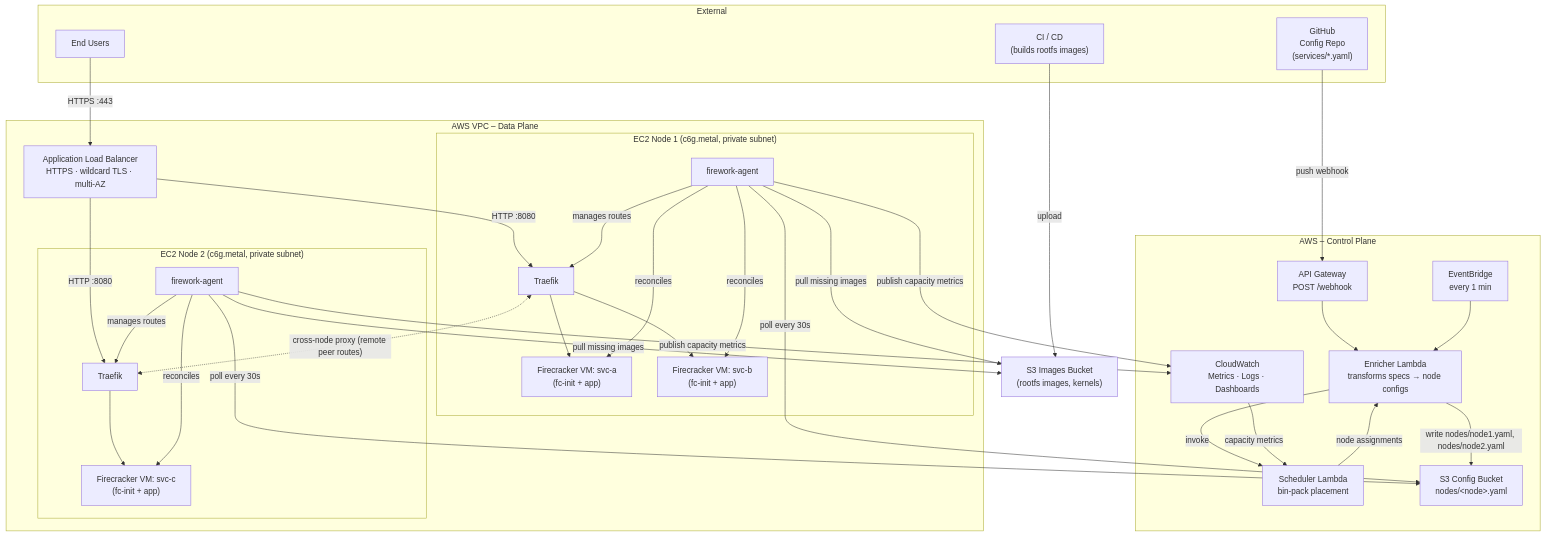
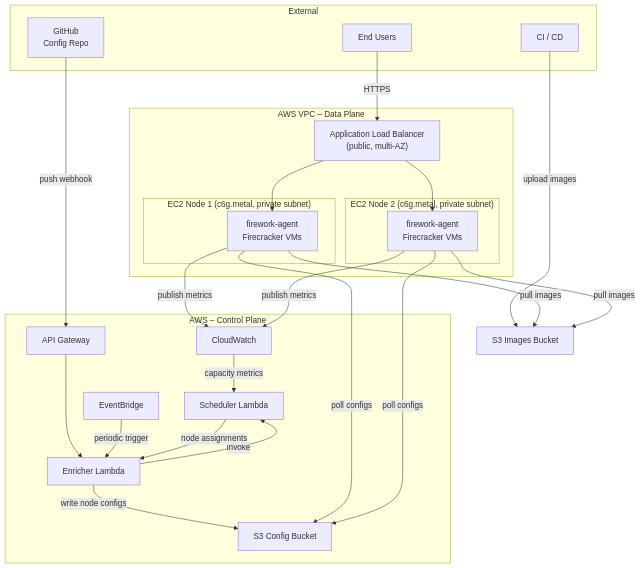
One commit to artemnikitin/firework changed the diagram in README.md. Above: the diagram before and after it, drawn with Mermaid.

````diff
--- a/README.md
+++ b/README.md
@@ -16,64 +16,48 @@
 ```mermaid
 flowchart TB
     subgraph external["External"]
         USER["End Users"]
-        GITHUB["GitHub\nConfig Repo\n(services/*.yaml)"]
-        CI["CI / CD\n(builds rootfs images)"]
+        GITHUB["GitHub\nConfig Repo"]
+        CI["CI / CD"]
     end
 
     subgraph control_plane["AWS – Control Plane"]
-        APIGW["API Gateway\nPOST /webhook"]
-        EB["EventBridge\nevery 1 min"]
-        ENRICHER["Enricher Lambda\ntransforms specs → node configs"]
-        SCHED["Scheduler Lambda\nbin-pack placement"]
-        S3CFG["S3 Config Bucket\nnodes/&lt;node&gt;.yaml"]
-        CW["CloudWatch\nMetrics · Logs · Dashboards"]
+        APIGW["API Gateway"]
+        EB["EventBridge"]
+        ENRICHER["Enricher Lambda"]
+        SCHED["Scheduler Lambda"]
+        S3CFG["S3 Config Bucket"]
+        CW["CloudWatch"]
     end
 
-    S3IMG["S3 Images Bucket\n(rootfs images, kernels)"]
+    S3IMG["S3 Images Bucket"]
 
     subgraph vpc["AWS VPC – Data Plane"]
-        ALB["Application Load Balancer\nHTTPS · wildcard TLS · multi-AZ"]
+        ALB["Application Load Balancer\n(public, multi-AZ)"]
 
         subgraph node1["EC2 Node 1  (c6g.metal, private subnet)"]
-            AG1["firework-agent"]
-            TR1["Traefik"]
-            MV1A["Firecracker VM: svc-a\n(fc-init + app)"]
-            MV1B["Firecracker VM: svc-b\n(fc-init + app)"]
+            N1["firework-agent\nFirecracker VMs"]
         end
 
         subgraph node2["EC2 Node 2  (c6g.metal, private subnet)"]
-            AG2["firework-agent"]
-            TR2["Traefik"]
-            MV2A["Firecracker VM: svc-c\n(fc-init + app)"]
+            N2["firework-agent\nFirecracker VMs"]
         end
     end
 
-    USER -->|HTTPS :443| ALB
-    ALB -->|HTTP :8080| TR1
-    ALB -->|HTTP :8080| TR2
-    TR1 --> MV1A & MV1B
-    TR2 --> MV2A
-    TR1 <-.->|"cross-node proxy (remote peer routes)"| TR2
+    USER -->|HTTPS| ALB
+    ALB --> N1 & N2
 
     GITHUB -->|push webhook| APIGW
     APIGW --> ENRICHER
-    EB --> ENRICHER
+    EB -->|periodic trigger| ENRICHER
     ENRICHER -->|invoke| SCHED
     CW -->|capacity metrics| SCHED
     SCHED -->|node assignments| ENRICHER
-    ENRICHER -->|"write nodes/node1.yaml, nodes/node2.yaml"| S3CFG
+    ENRICHER -->|write node configs| S3CFG
 
-    CI -->|upload| S3IMG
+    CI -->|upload images| S3IMG
 
-    AG1 -->|"poll every 30s"| S3CFG
-    AG2 -->|"poll every 30s"| S3CFG
-    AG1 -->|pull missing images| S3IMG
-    AG2 -->|pull missing images| S3IMG
-    AG1 -->|publish capacity metrics| CW
-    AG2 -->|publish capacity metrics| CW
-    AG1 -->|manages routes| TR1
-    AG2 -->|manages routes| TR2
-    AG1 -->|reconciles| MV1A & MV1B
-    AG2 -->|reconciles| MV2A
+    N1 & N2 -->|poll configs| S3CFG
+    N1 & N2 -->|pull images| S3IMG
+    N1 & N2 -->|publish metrics| CW
 ```
````
